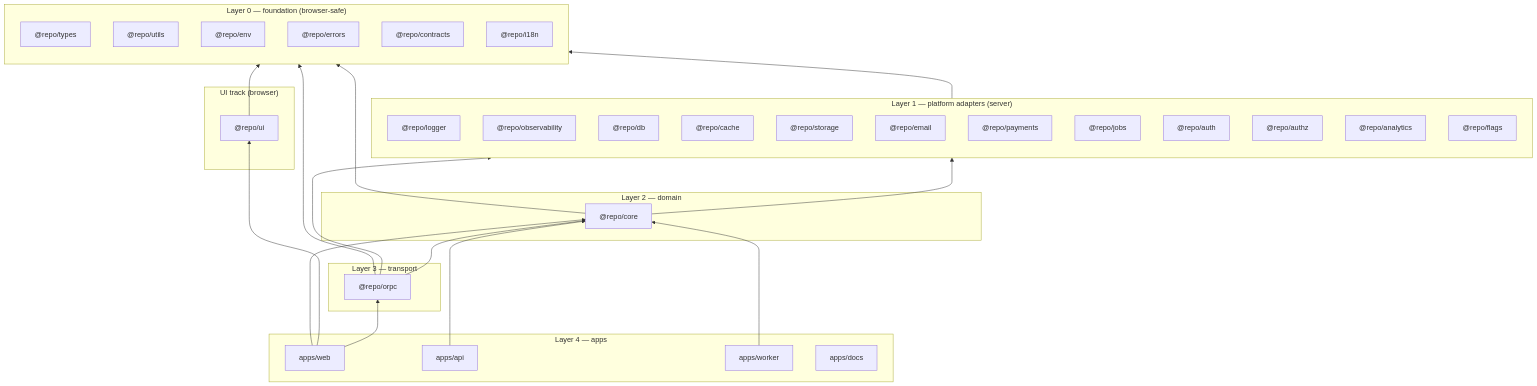
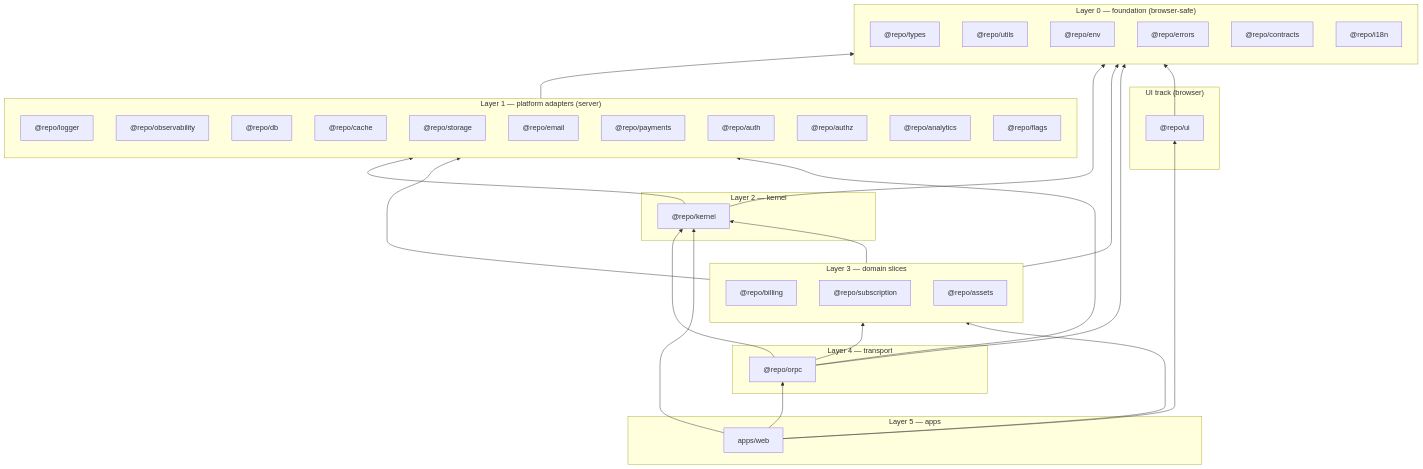
Before and after one commit to jleveneur/nextjs-boilerplate: the diagram in docs/architecture/03-package-graph-and-boundaries.md, drawn with Mermaid. The commit also changed other lines of this file and 349 other files, not shown here.

First line of the commit message:
refactor!: simplify to one app, split core into kernel + slice packages (#122)

````diff
--- a/docs/architecture/03-package-graph-and-boundaries.md
+++ b/docs/architecture/03-package-graph-and-boundaries.md
@@ -38,58 +39,63 @@
 ```mermaid
 flowchart BT
     subgraph L0["Layer 0 — foundation (browser-safe)"]
         types["@repo/types"]
         utils["@repo/utils"]
         env["@repo/env"]
         errors["@repo/errors"]
         contracts["@repo/contracts"]
         i18n["@repo/i18n"]
     end
 
     subgraph L1["Layer 1 — platform adapters (server)"]
         logger["@repo/logger"]
         obs["@repo/observability"]
         db["@repo/db"]
         cache["@repo/cache"]
         storage["@repo/storage"]
         email["@repo/email"]
         payments["@repo/payments"]
-        jobs["@repo/jobs"]
         auth["@repo/auth"]
         authz["@repo/authz"]
         analytics["@repo/analytics"]
         flags["@repo/flags"]
     end
 
-    subgraph L2["Layer 2 — domain"]
-        core["@repo/core"]
+    subgraph L2["Layer 2 — kernel"]
+        kernel["@repo/kernel"]
     end
 
-    subgraph L3["Layer 3 — transport"]
+    subgraph L3["Layer 3 — domain slices"]
+        billing["@repo/billing"]
+        subscription["@repo/subscription"]
+        assets["@repo/assets"]
+    end
+
+    subgraph L4["Layer 4 — transport"]
         orpc["@repo/orpc"]
     end
 
-    subgraph L4["Layer 4 — apps"]
+    subgraph L5["Layer 5 — apps"]
         web["apps/web"]
-        api["apps/api"]
-        worker["apps/worker"]
-        docs["apps/docs"]
     end
 
     subgraph LU["UI track (browser)"]
         ui["@repo/ui"]
     end
 
     L1 --> L0
-    core --> L1
-    core --> L0
-    orpc --> core
+    kernel --> L1
+    kernel --> L0
+    L3 --> kernel
+    L3 --> L1
+    L3 --> L0
+    orpc --> L3
+    orpc --> kernel
     orpc --> L1
     orpc --> L0
     ui --> L0
     web --> orpc
     web --> ui
-    web --> core
-    api --> core
-    worker --> core
+    web --> L3
+    web --> kernel
 ```
````
